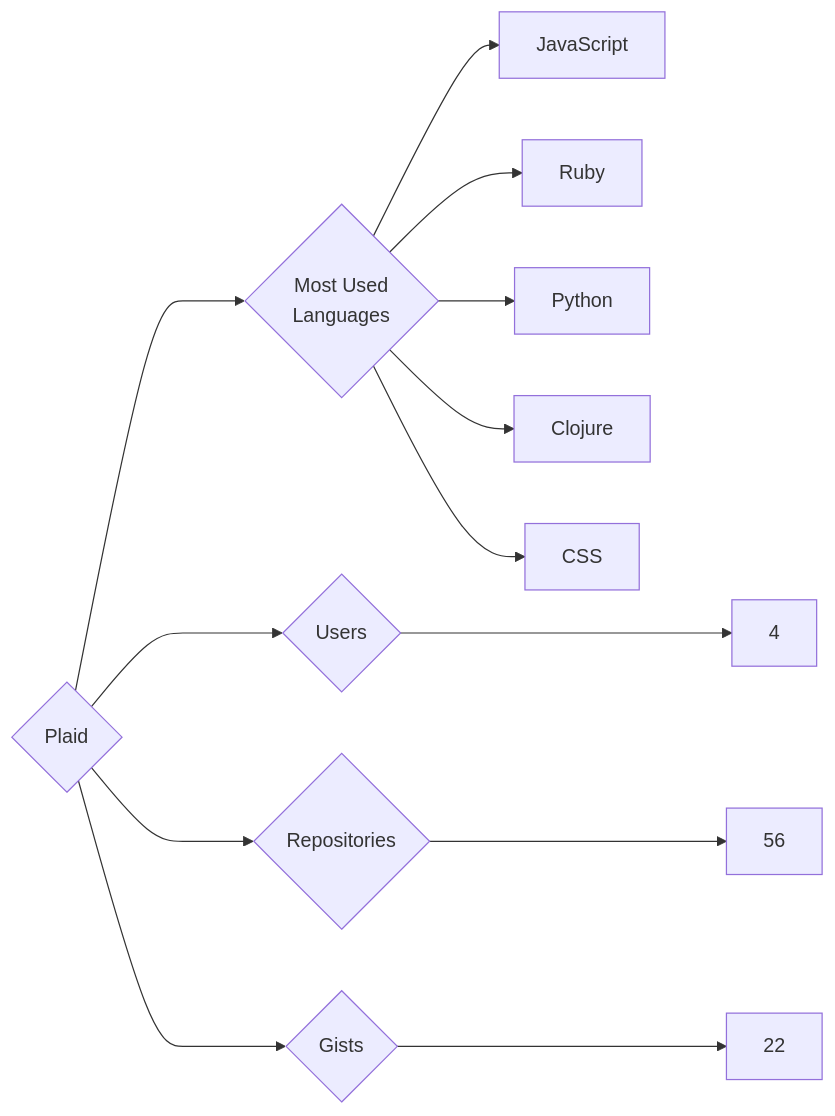
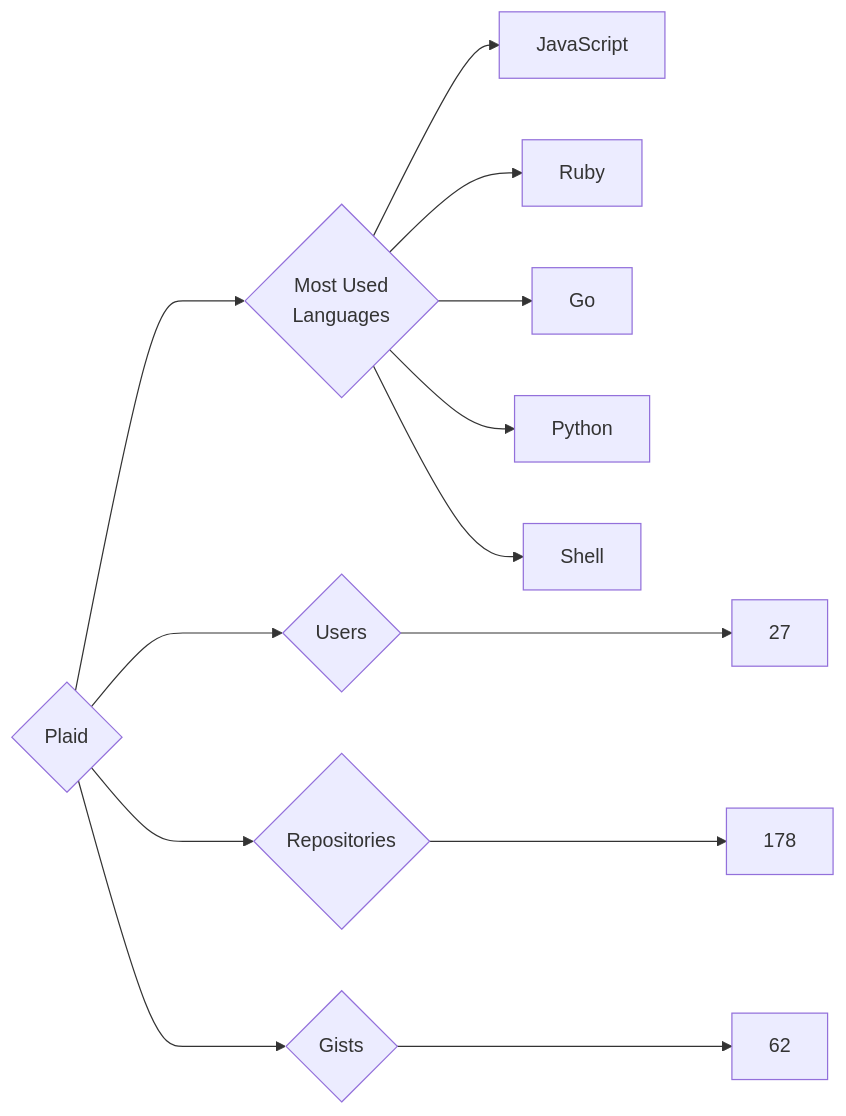
Before and after one commit to trickest/insiders: the diagram in targets/Plaid/README.md, drawn with Mermaid. The commit also changed 829 other files, not shown here.

````diff
--- a/targets/Plaid/README.md
+++ b/targets/Plaid/README.md
@@ -3,13 +3,13 @@
 ```mermaid
 graph LR
 COMPANY_NAME{Plaid}
-COMPANY_NAME ---> U{Users} ---> UN[4]
-COMPANY_NAME ---> R{Repositories} ---> RN[56]
-COMPANY_NAME ---> G{Gists} ---> GN[22]
+COMPANY_NAME ---> U{Users} ---> UN[27]
+COMPANY_NAME ---> R{Repositories} ---> RN[178]
+COMPANY_NAME ---> G{Gists} ---> GN[62]
 COMPANY_NAME ---> ML{Most Used<br>Languages}
 ML --> JavaScript[JavaScript]
 ML --> Ruby[Ruby]
+ML --> Go[Go]
 ML --> Python[Python]
-ML --> Clojure[Clojure]
-ML --> CSS[CSS]
+ML --> Shell[Shell]
 ```
````
